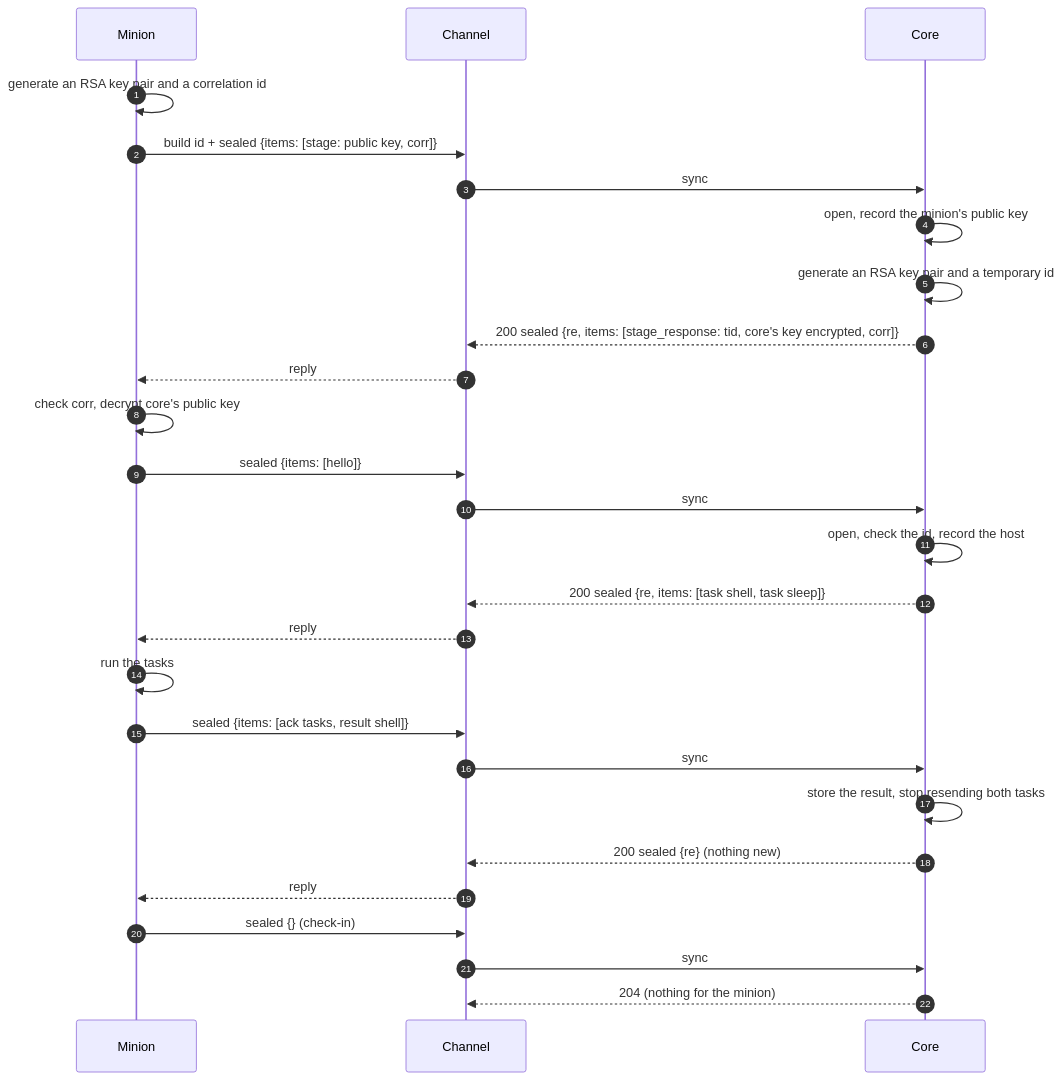
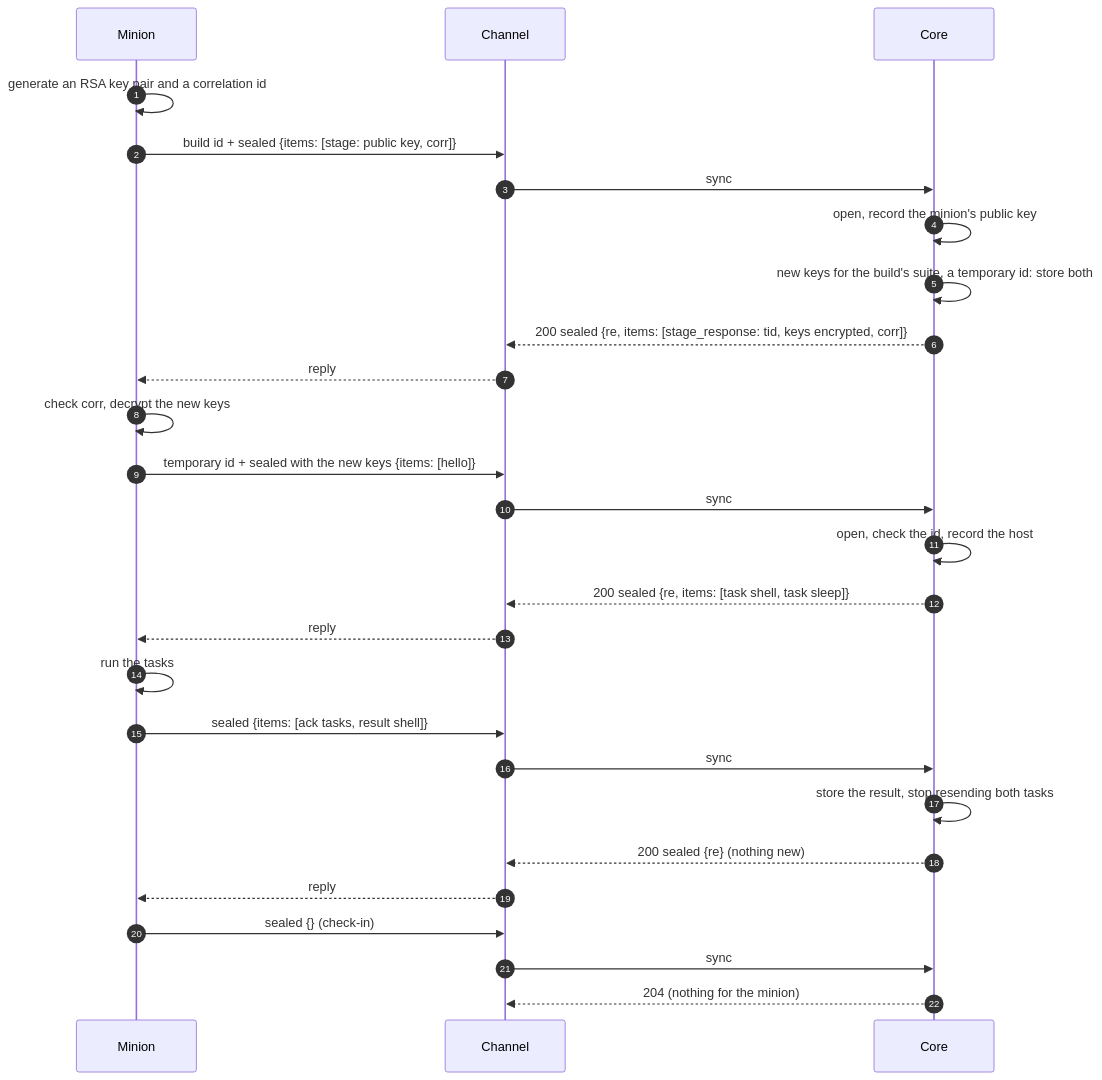
The diagram in src/content/docs/contracts/minion-messages.md (LogosCore/logos-docs), drawn with Mermaid before and after one commit. The commit also changed other lines of this file, not shown here.

First line of the commit message:
Minion Messages (Draft): staging hands out a temporary id (UUIDv4) and new keys for the build's suite

````diff
--- a/src/content/docs/contracts/minion-messages.md
+++ b/src/content/docs/contracts/minion-messages.md
@@ -256,30 +274,30 @@
 ```mermaid
 sequenceDiagram
     autonumber
     participant M as Minion
     participant CH as Channel
     participant C as Core
 
     M->>M: generate an RSA key pair and a correlation id
     M->>CH: build id + sealed {items: [stage: public key, corr]}
     CH->>C: sync
     C->>C: open, record the minion's public key
-    C->>C: generate an RSA key pair and a temporary id
-    C-->>CH: 200 sealed {re, items: [stage_response: tid, core's key encrypted, corr]}
+    C->>C: new keys for the build's suite, a temporary id: store both
+    C-->>CH: 200 sealed {re, items: [stage_response: tid, keys encrypted, corr]}
     CH-->>M: reply
-    M->>M: check corr, decrypt core's public key
-    M->>CH: sealed {items: [hello]}
+    M->>M: check corr, decrypt the new keys
+    M->>CH: temporary id + sealed with the new keys {items: [hello]}
     CH->>C: sync
     C->>C: open, check the id, record the host
     C-->>CH: 200 sealed {re, items: [task shell, task sleep]}
     CH-->>M: reply
     M->>M: run the tasks
     M->>CH: sealed {items: [ack tasks, result shell]}
     CH->>C: sync
     C->>C: store the result, stop resending both tasks
     C-->>CH: 200 sealed {re} (nothing new)
     CH-->>M: reply
     M->>CH: sealed {} (check-in)
     CH->>C: sync
     C-->>CH: 204 (nothing for the minion)
 ```
````
